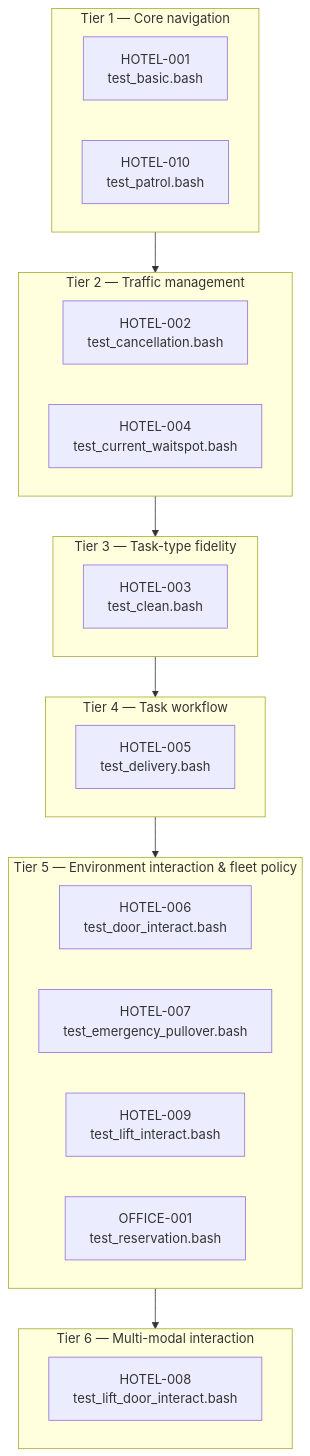
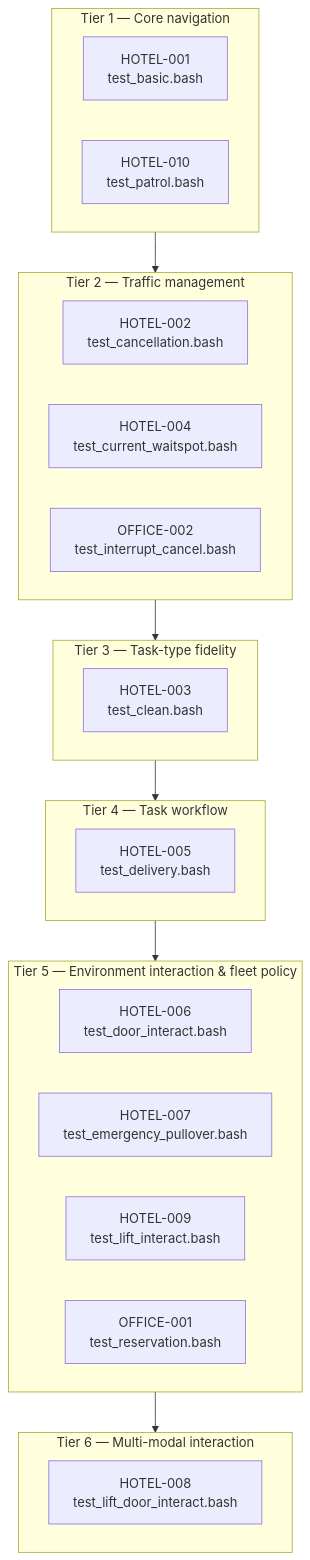
One commit to cardboardcode/rmf_e2e_tests changed the diagram in README.md. Above: the diagram before and after it, drawn with Mermaid. The commit also changed other lines of this file and 1 other file, not shown here.

Commit message:
:blue_book: Document OFFICE-002 interrupt/cancel test and place it in Tier 2

````diff
--- a/README.md
+++ b/README.md
@@ -27,33 +28,34 @@
 ```mermaid
 flowchart TD
     subgraph T1["Tier 1 — Core navigation"]
         H1["HOTEL-001<br/>test_basic.bash"]
         H10["HOTEL-010<br/>test_patrol.bash"]
     end
 
     subgraph T2["Tier 2 — Traffic management"]
         H2["HOTEL-002<br/>test_cancellation.bash"]
         H4["HOTEL-004<br/>test_current_waitspot.bash"]
+        O2["OFFICE-002<br/>test_interrupt_cancel.bash"]
     end
 
     subgraph T3["Tier 3 — Task-type fidelity"]
         H3["HOTEL-003<br/>test_clean.bash"]
     end
 
     subgraph T4["Tier 4 — Task workflow"]
         H5["HOTEL-005<br/>test_delivery.bash"]
     end
 
     subgraph T5["Tier 5 — Environment interaction & fleet policy"]
         H6["HOTEL-006<br/>test_door_interact.bash"]
         H7["HOTEL-007<br/>test_emergency_pullover.bash"]
         H9["HOTEL-009<br/>test_lift_interact.bash"]
         O1["OFFICE-001<br/>test_reservation.bash"]
     end
 
     subgraph T6["Tier 6 — Multi-modal interaction"]
         H8["HOTEL-008<br/>test_lift_door_interact.bash"]
     end
 
     T1 --> T2 --> T3 --> T4 --> T5 --> T6
 ```
````
